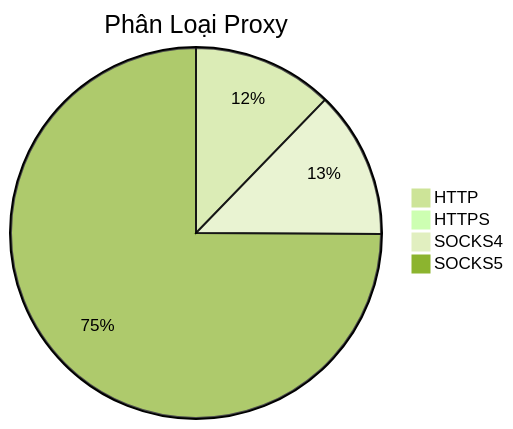
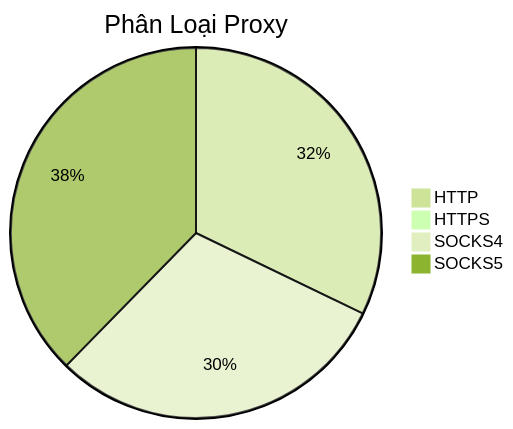
The diagram in README.md (Ciara-Aa/PROXY-free), drawn with Mermaid (forest theme) before and after one commit. The commit also changed other lines of this file and 3 other files, not shown here.

````diff
--- a/README.md
+++ b/README.md
@@ -26,7 +26,7 @@
 ```mermaid
 pie title Phân Loại Proxy
-    "HTTP" : 291
+    "HTTP" : 274
     "HTTPS" : 0
-    "SOCKS4" : 305
-    "SOCKS5" : 1780
+    "SOCKS4" : 257
+    "SOCKS5" : 321
 ```
````
